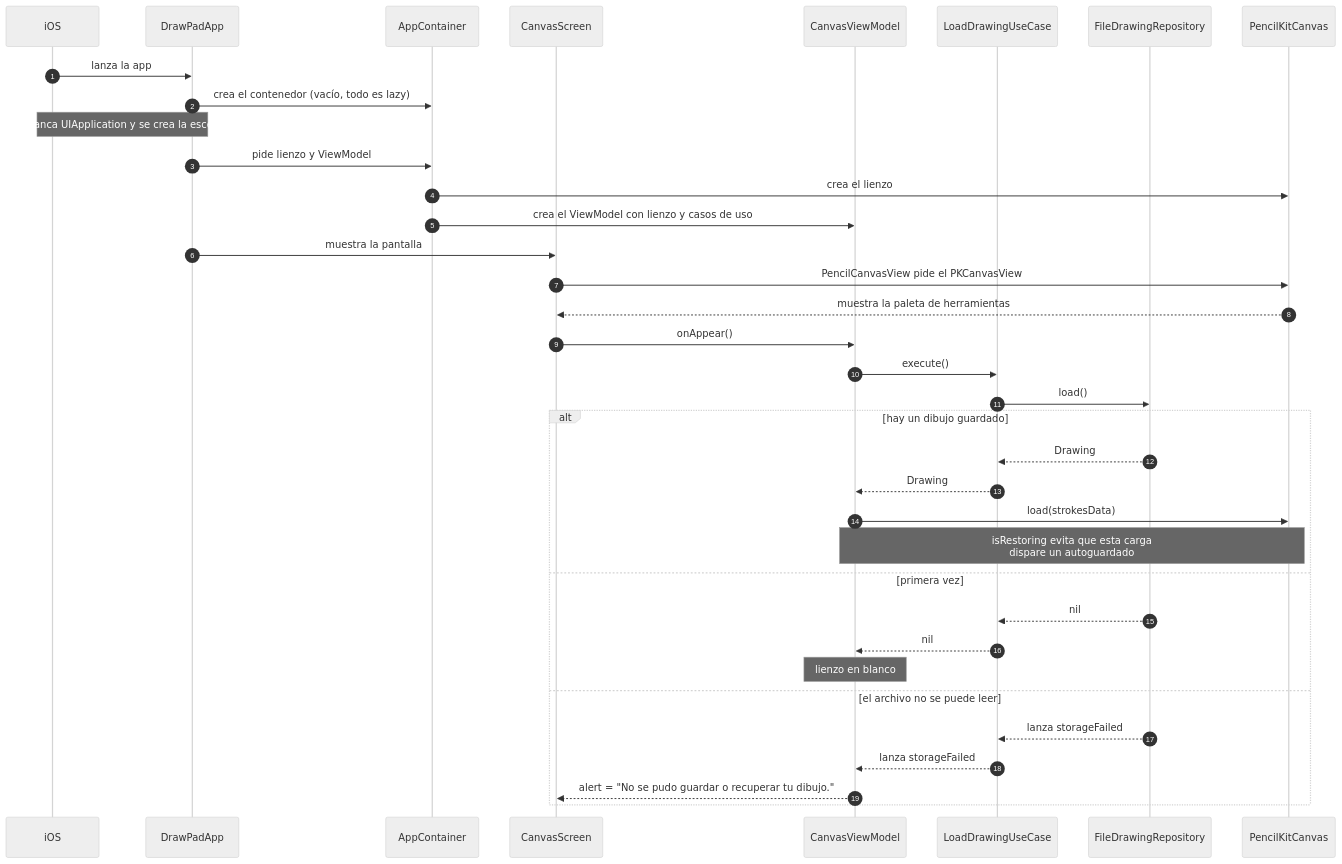
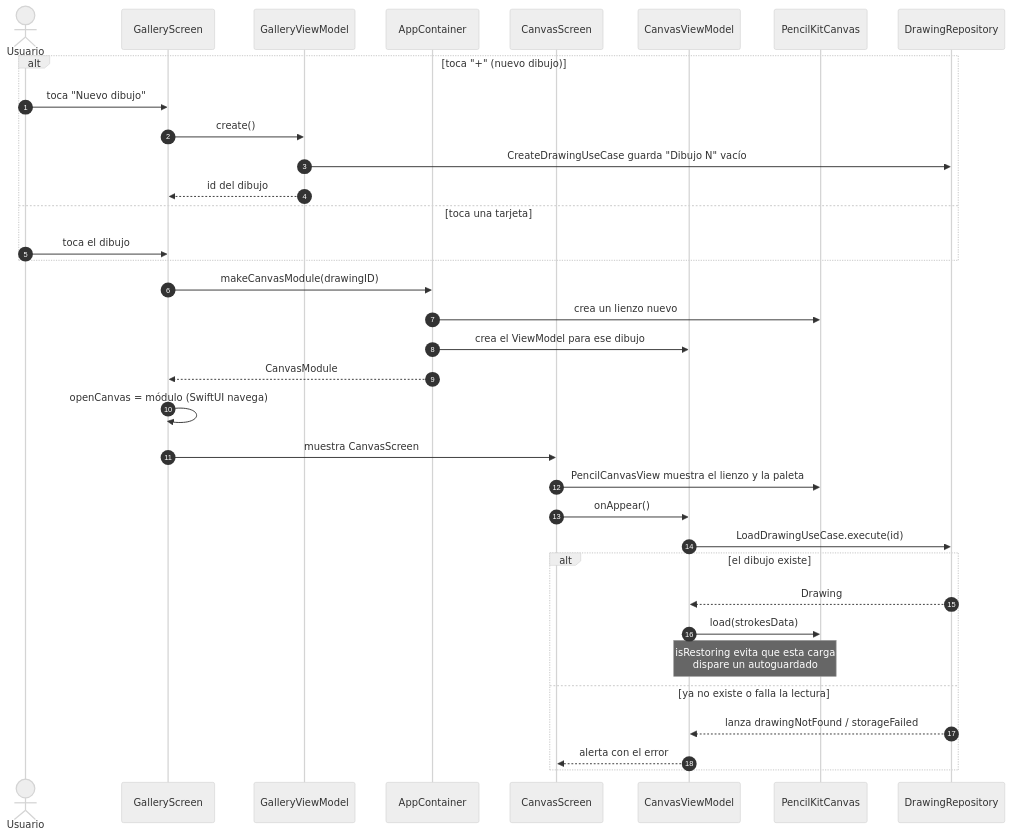
One commit to jhonjairo6230/DrawPad changed the fourth of 8 diagrams in docs/arquitectura.md. Above: the diagram before and after it, drawn with Mermaid (neutral theme). The commit also changed other lines of this file and 6 other files, not shown here.

````diff
--- a/docs/arquitectura.md
+++ b/docs/arquitectura.md
@@ -195,39 +291,38 @@
 ```mermaid
 sequenceDiagram
     autonumber
-    participant iOS
-    participant App as DrawPadApp
+    actor U as Usuario
+    participant G as GalleryScreen
+    participant GVM as GalleryViewModel
     participant C as AppContainer
     participant V as CanvasScreen
     participant VM as CanvasViewModel
-    participant UC as LoadDrawingUseCase
-    participant R as FileDrawingRepository
     participant K as PencilKitCanvas
+    participant R as DrawingRepository
 
-    iOS->>App: lanza la app
-    App->>C: crea el contenedor (vacío, todo es lazy)
-    Note over iOS,App: arranca UIApplication y se crea la escena
-    App->>C: pide lienzo y ViewModel
-    C->>K: crea el lienzo
-    C->>VM: crea el ViewModel con lienzo y casos de uso
-    App->>V: muestra la pantalla
-    V->>K: PencilCanvasView pide el PKCanvasView
-    K-->>V: muestra la paleta de herramientas
+    alt toca "+" (nuevo dibujo)
+        U->>G: toca "Nuevo dibujo"
+        G->>GVM: create()
+        GVM->>R: CreateDrawingUseCase guarda "Dibujo N" vacío
+        GVM-->>G: id del dibujo
+    else toca una tarjeta
+        U->>G: toca el dibujo
+    end
+    G->>C: makeCanvasModule(drawingID)
+    C->>K: crea un lienzo nuevo
+    C->>VM: crea el ViewModel para ese dibujo
+    C-->>G: CanvasModule
+    G->>G: openCanvas = módulo (SwiftUI navega)
+    G->>V: muestra CanvasScreen
+    V->>K: PencilCanvasView muestra el lienzo y la paleta
     V->>VM: onAppear()
-    VM->>UC: execute()
-    UC->>R: load()
-    alt hay un dibujo guardado
-        R-->>UC: Drawing
-        UC-->>VM: Drawing
+    VM->>R: LoadDrawingUseCase.execute(id)
+    alt el dibujo existe
+        R-->>VM: Drawing
         VM->>K: load(strokesData)
         Note over VM,K: isRestoring evita que esta carga<br/>dispare un autoguardado
-    else primera vez
-        R-->>UC: nil
-        UC-->>VM: nil
-        Note over VM: lienzo en blanco
-    else el archivo no se puede leer
-        R-->>UC: lanza storageFailed
-        UC-->>VM: lanza storageFailed
-        VM-->>V: alert = "No se pudo guardar o recuperar tu dibujo."
+    else ya no existe o falla la lectura
+        R-->>VM: lanza drawingNotFound / storageFailed
+        VM-->>V: alerta con el error
     end
 ```
````
